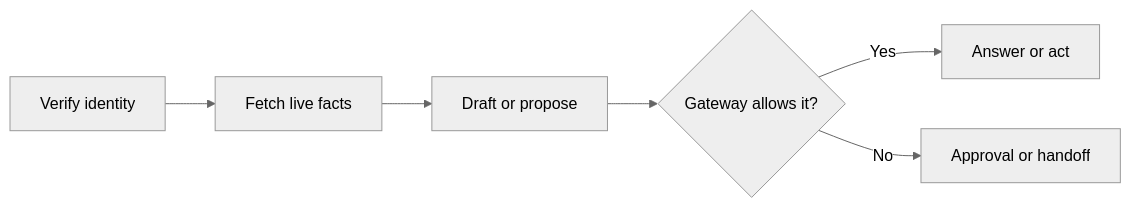
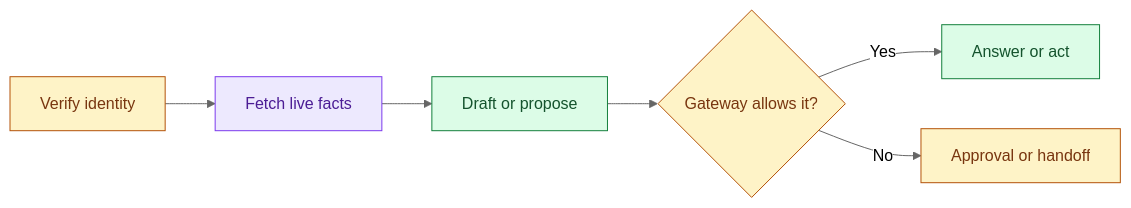
One commit to Sourav692/Forward-Deployed-Engineer-Interview-Prep changed the diagram in site/case-pages/customer-support-automation/introduction.md. Above: the diagram before and after it, drawn with Mermaid (neutral theme). The commit also changed other lines of this file and 1268 other files, not shown here.

First line of the commit message:
content: polish Casebook writing and Mermaid diagrams (#251)

````diff
--- a/site/case-pages/customer-support-automation/introduction.md
+++ b/site/case-pages/customer-support-automation/introduction.md
@@ -15,8 +17,16 @@
 ```mermaid
 flowchart LR
   A[Verify identity] --> B[Fetch live facts]
   B --> C[Draft or propose]
   C --> D{Gateway allows it?}
   D -->|Yes| E[Answer or act]
   D -->|No| F[Approval or handoff]
+
+    %% Casebook colours: entry, reasoning, results, controls, and stopped paths.
+    classDef cbPolicy fill:#fef3c7,stroke:#b45309,color:#78350f
+    class A,D,F cbPolicy
+    classDef cbReason fill:#ede9fe,stroke:#7c3aed,color:#4c1d95
+    class B cbReason
+    classDef cbAction fill:#dcfce7,stroke:#15803d,color:#14532d
+    class C,E cbAction
 ```
````
